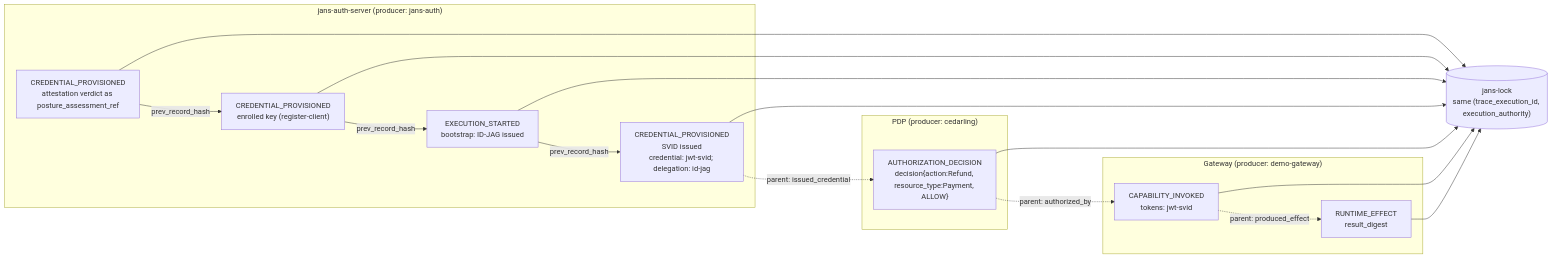
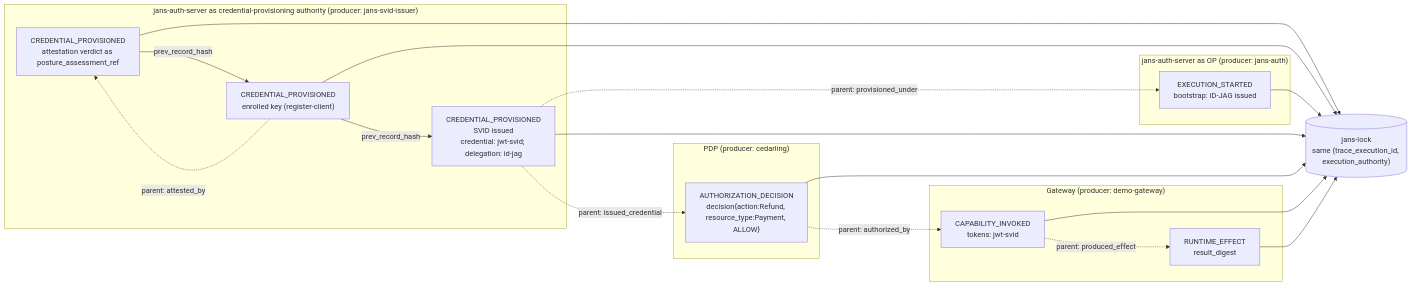
The fifth of 6 diagrams in hardware-anchored-identity.md (nynymike/lock-server-design), drawn with Mermaid before and after one commit. The commit also changed other lines of this file, not shown here.

````diff
--- a/hardware-anchored-identity.md
+++ b/hardware-anchored-identity.md
@@ -1207,22 +1231,26 @@
 ```mermaid
 flowchart LR
-    subgraph AS["jans-auth-server (producer: jans-auth)"]
+    subgraph ISS["jans-auth-server as credential-provisioning authority (producer: jans-svid-issuer)"]
         E1["CREDENTIAL_PROVISIONED<br/>attestation verdict as posture_assessment_ref"]
         E2["CREDENTIAL_PROVISIONED<br/>enrolled key (register-client)"]
+        E4["CREDENTIAL_PROVISIONED<br/>SVID issued<br/>credential: jwt-svid; delegation: id-jag"]
+    end
+    subgraph AS["jans-auth-server as OP (producer: jans-auth)"]
         E3["EXECUTION_STARTED<br/>bootstrap: ID-JAG issued"]
-        E4["CREDENTIAL_PROVISIONED<br/>SVID issued<br/>credential: jwt-svid; delegation: id-jag"]
     end
     subgraph PDP["PDP (producer: cedarling)"]
         E5["AUTHORIZATION_DECISION<br/>decision{action:Refund, resource_type:Payment, ALLOW}"]
     end
     subgraph PEP["Gateway (producer: demo-gateway)"]
         E6["CAPABILITY_INVOKED<br/>tokens: jwt-svid"]
         E7["RUNTIME_EFFECT<br/>result_digest"]
     end
-    E1 -- "prev_record_hash" --> E2 -- "prev_record_hash" --> E3 -- "prev_record_hash" --> E4
+    E1 -- "prev_record_hash" --> E2 -- "prev_record_hash" --> E4
+    E2 -. "parent: attested_by" .-> E1
+    E4 -. "parent: provisioned_under" .-> E3
     E4 -. "parent: issued_credential" .-> E5
     E5 -. "parent: authorized_by" .-> E6
     E6 -. "parent: produced_effect" .-> E7
     L[("jans-lock<br/>same (trace_execution_id, execution_authority)")]
     E1 & E2 & E3 & E4 & E5 & E6 & E7 --> L
 ```
````
